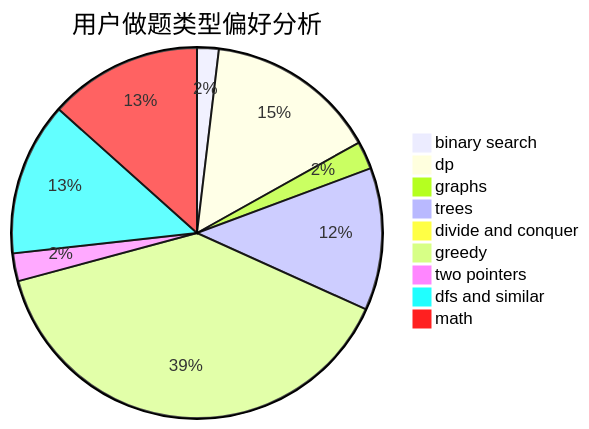
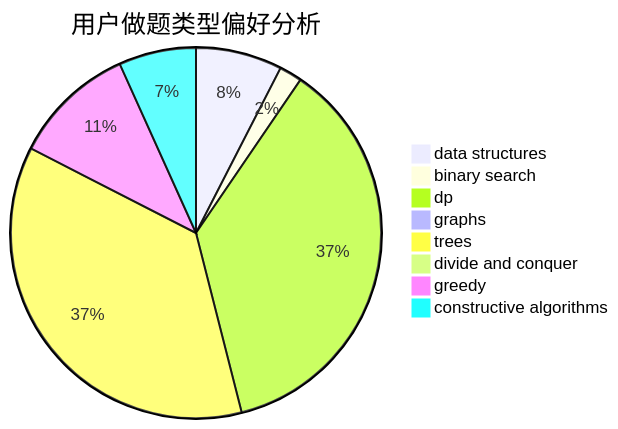
One commit to sherpahu/cfrs.github.io changed the second of 3 diagrams in docs/user/u1888.md. Above: the diagram before and after it, drawn with Mermaid. The commit also changed other lines of this file and 2775 other files, not shown here.

````diff
--- a/docs/user/u1888.md
+++ b/docs/user/u1888.md
@@ -23,12 +23,11 @@
 ```mermaid
 pie title 用户做题类型偏好分析
-    "binary search" :  14
-    "dp" :  111
-    "graphs" :  18
+    "data structures" :  19
+    "binary search" :  5
+    "dp" :  92
+    "graphs" :  0
     "trees" :  92
     "divide and conquer" :  0
-    "greedy" :  289
-    "two pointers" :  18
-    "dfs and similar" :  99
-    "math" :  99
+    "greedy" :  27
+    "constructive algorithms" :  17
 ```
````
